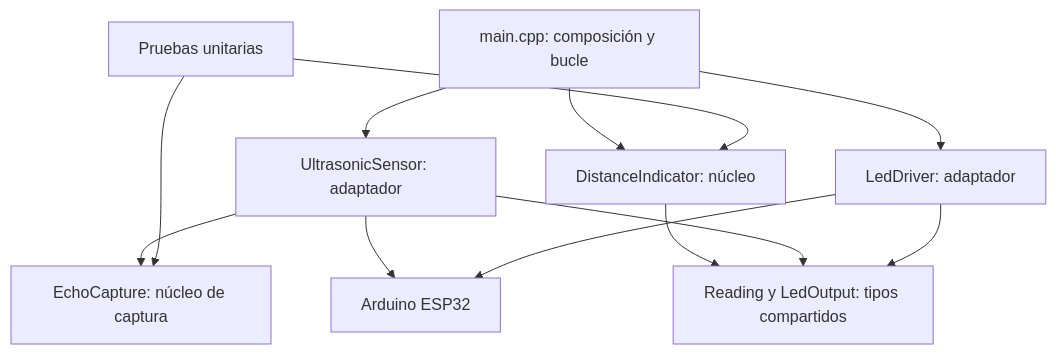
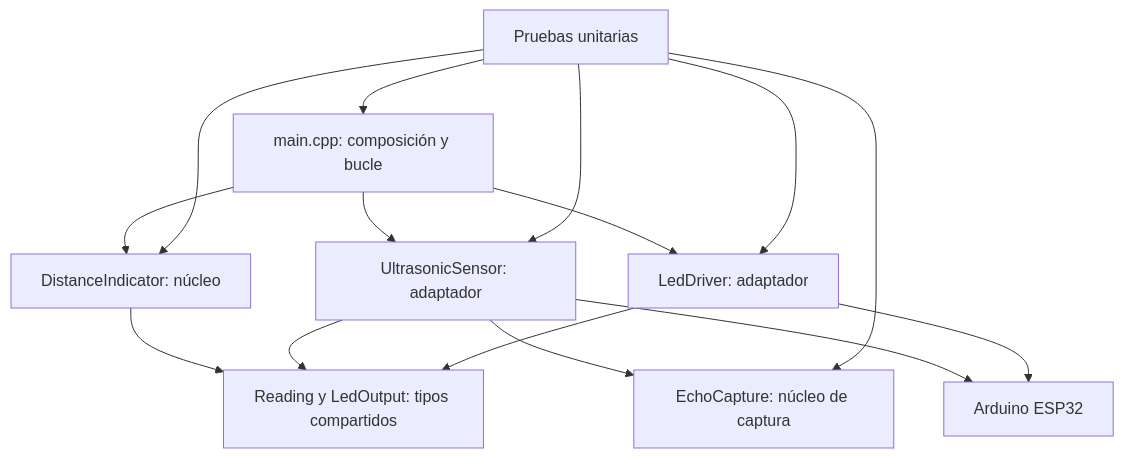
One commit to JoseCorralesAgreda/PROYECTO-IOT-SENSOR changed the first of 3 diagrams in _bmad-output/planning-artifacts/architecture/architecture-indicador-distancia-2026-09-07/ARCHITECTURE-SPINE.md. Above: the diagram before and after it, drawn with Mermaid. The commit also changed other lines of this file and 9 other files, not shown here.

````diff
--- a/_bmad-output/planning-artifacts/architecture/architecture-indicador-distancia-2026-09-07/ARCHITECTURE-SPINE.md
+++ b/_bmad-output/planning-artifacts/architecture/architecture-indicador-distancia-2026-09-07/ARCHITECTURE-SPINE.md
@@ -24,14 +24,17 @@
 ```mermaid
 flowchart TD
     Main[main.cpp: composición y bucle] --> Sensor[UltrasonicSensor: adaptador]
     Main --> Indicator[DistanceIndicator: núcleo]
     Main --> LEDs[LedDriver: adaptador]
     Sensor --> Capture[EchoCapture: núcleo de captura]
     Sensor --> Arduino[Arduino ESP32]
     LEDs --> Arduino
     Indicator --> Types[Reading y LedOutput: tipos compartidos]
     Sensor --> Types
     LEDs --> Types
     Tests[Pruebas unitarias] --> Indicator
     Tests --> Capture
+    Tests --> Sensor
+    Tests --> LEDs
+    Tests --> Main
 ```
````
